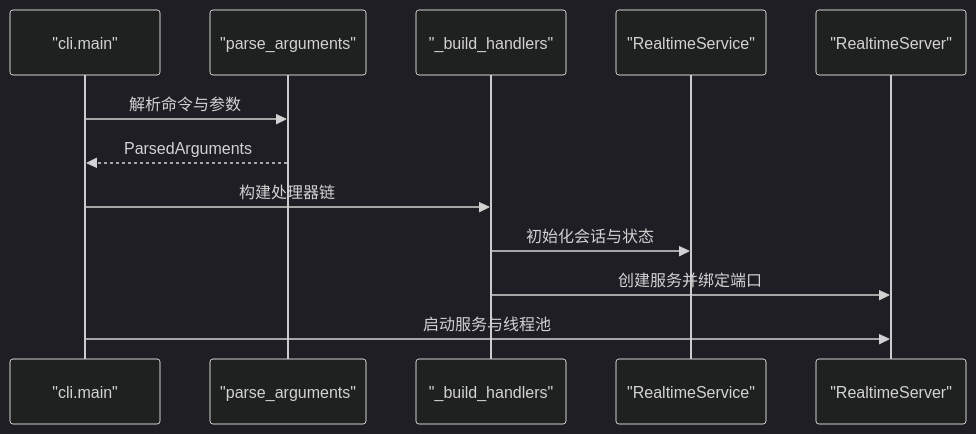
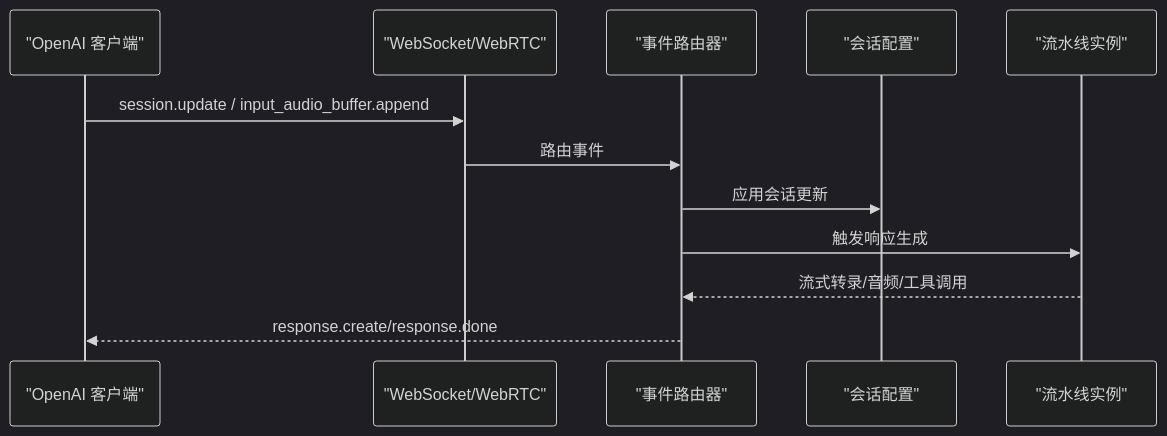
One commit to joezxh/speech-to-speech changed the sixth of 9 diagrams in .qoder/repowiki/zh/content/开发者指南.md. Above: the diagram before and after it, drawn with Mermaid (dark theme). The commit also changed other lines of this file and 202 other files, not shown here.

````diff
--- a/.qoder/repowiki/zh/content/开发者指南.md
+++ b/.qoder/repowiki/zh/content/开发者指南.md
@@ -259,14 +256,14 @@
 ```mermaid
 sequenceDiagram
-participant CLI as "cli.main"
-participant Parser as "parse_arguments"
-participant Builder as "_build_handlers"
-participant Service as "RealtimeService"
-participant Server as "RealtimeServer"
-CLI->>Parser : 解析命令与参数
-Parser-->>CLI : ParsedArguments
-CLI->>Builder : 构建处理器链
-Builder->>Service : 初始化会话与状态
-Builder->>Server : 创建服务并绑定端口
-CLI->>Server : 启动服务与线程池
+participant Client as "OpenAI 客户端"
+participant WS as "WebSocket/WebRTC"
+participant Router as "事件路由器"
+participant Session as "会话配置"
+participant Pipeline as "流水线实例"
+Client->>WS : session.update / input_audio_buffer.append
+WS->>Router : 路由事件
+Router->>Session : 应用会话更新
+Router->>Pipeline : 触发响应生成
+Pipeline-->>Router : 流式转录/音频/工具调用
+Router-->>Client : response.create/response.done
 ```
````
